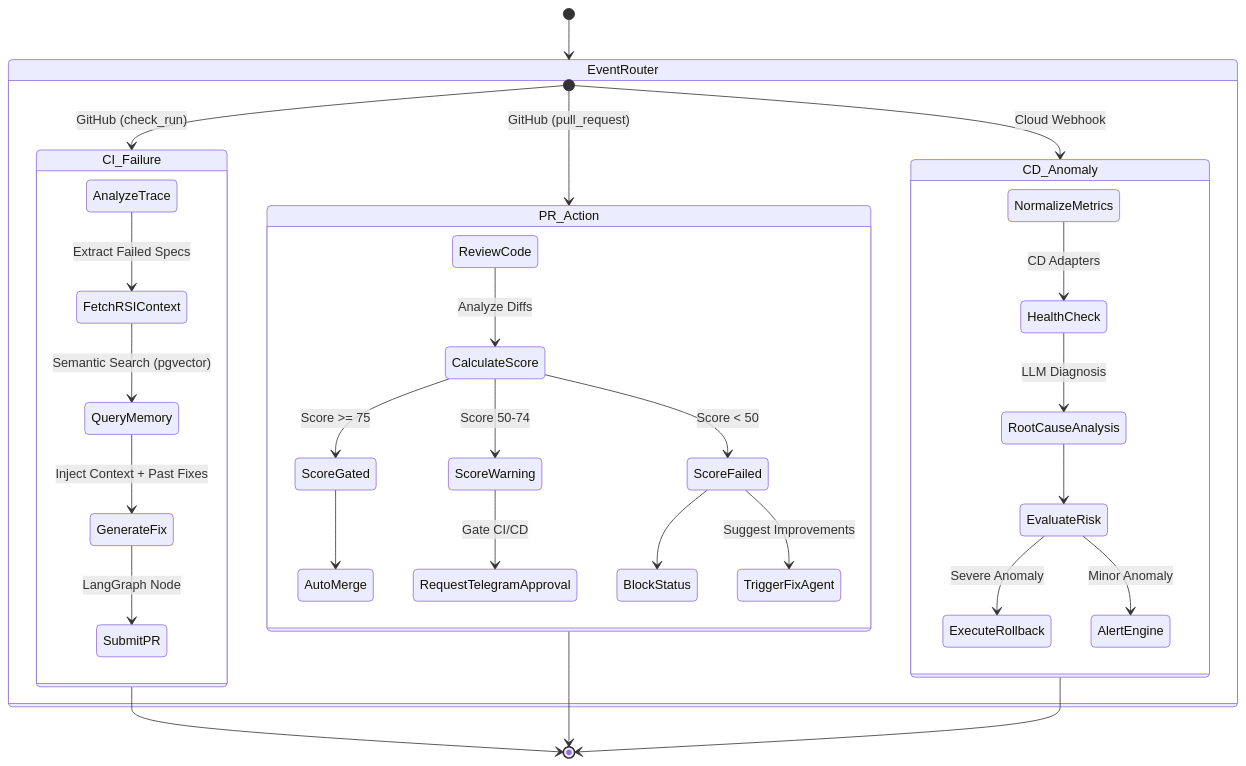
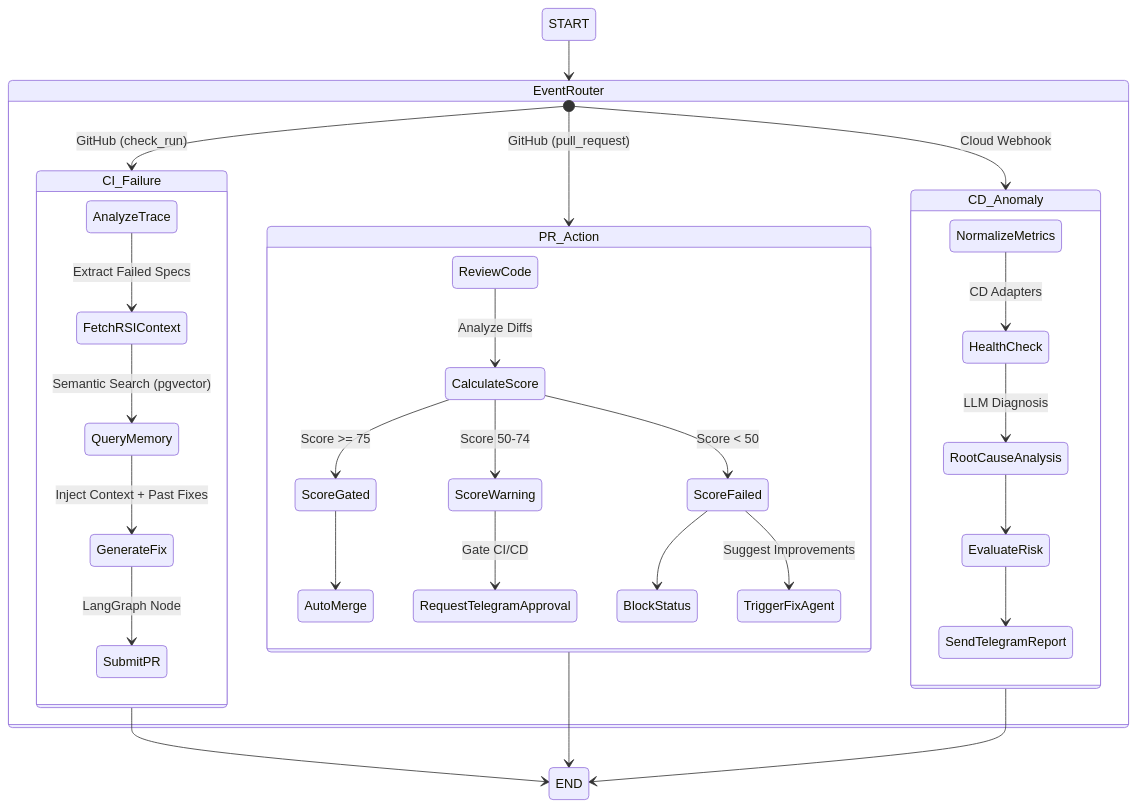
The diagram in README.md (hacktofuture-sjec/hacktofuture4), drawn with Mermaid before and after one commit.

Commit message:
improved agent flow diagram

````diff
--- a/README.md
+++ b/README.md
@@ -79,40 +79,39 @@
 ```mermaid
 stateDiagram-v2
-    [*] --> EventRouter
+    START --> EventRouter
 
     state EventRouter {
         [*] --> CI_Failure: GitHub (check_run)
         [*] --> PR_Action: GitHub (pull_request)
         [*] --> CD_Anomaly: Cloud Webhook
     }
 
     state CI_Failure {
         AnalyzeTrace --> FetchRSIContext: Extract Failed Specs
         FetchRSIContext --> QueryMemory: Semantic Search (pgvector)
         QueryMemory --> GenerateFix: Inject Context + Past Fixes
         GenerateFix --> SubmitPR: LangGraph Node
     }
 
     state PR_Action {
         ReviewCode --> CalculateScore: Analyze Diffs
         CalculateScore --> ScoreGated: Score >= 75
         ScoreGated --> AutoMerge
         CalculateScore --> ScoreWarning: Score 50-74
         ScoreWarning --> RequestTelegramApproval: Gate CI/CD
         CalculateScore --> ScoreFailed: Score < 50
         ScoreFailed --> BlockStatus
         ScoreFailed --> TriggerFixAgent: Suggest Improvements
     }
     
     state CD_Anomaly {
         NormalizeMetrics --> HealthCheck: CD Adapters
         HealthCheck --> RootCauseAnalysis: LLM Diagnosis
         RootCauseAnalysis --> EvaluateRisk
-        EvaluateRisk --> ExecuteRollback: Severe Anomaly
-        EvaluateRisk --> AlertEngine: Minor Anomaly
+        EvaluateRisk --> SendTelegramReport
     }
 
-    CI_Failure --> [*]
-    PR_Action --> [*]
-    CD_Anomaly --> [*]
+    CI_Failure --> END
+    PR_Action --> END
+    CD_Anomaly --> END
 ```
````
